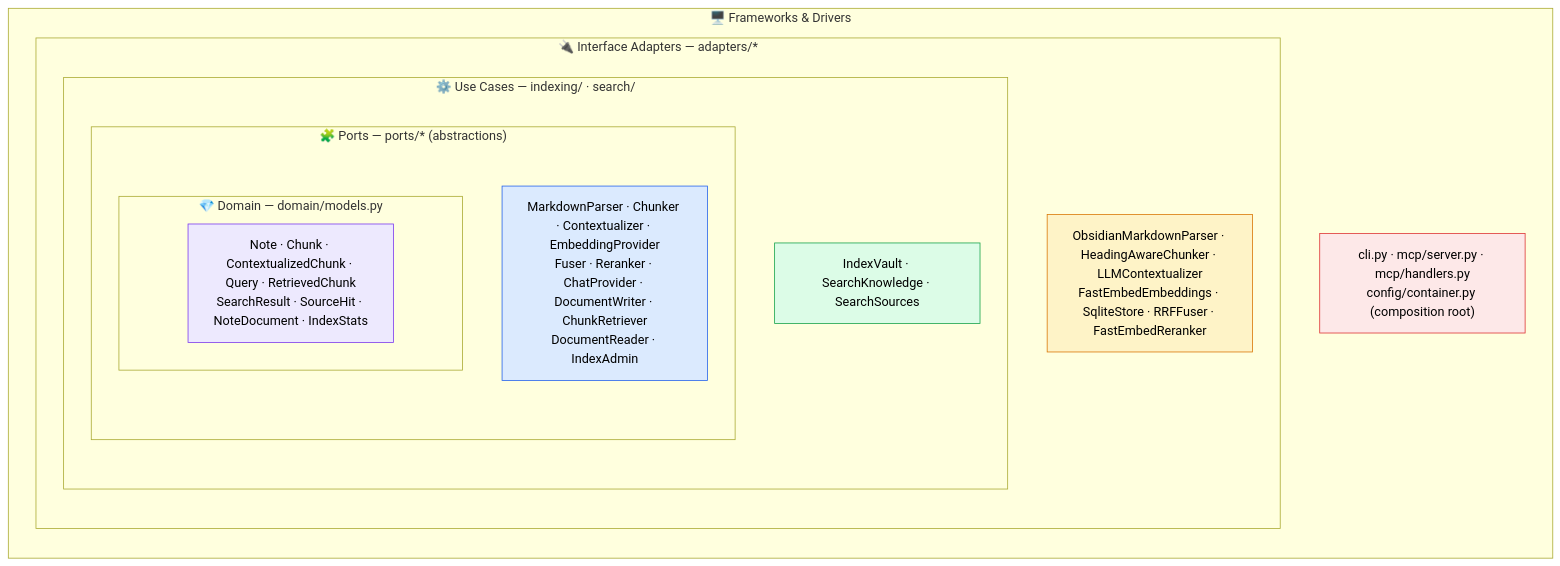
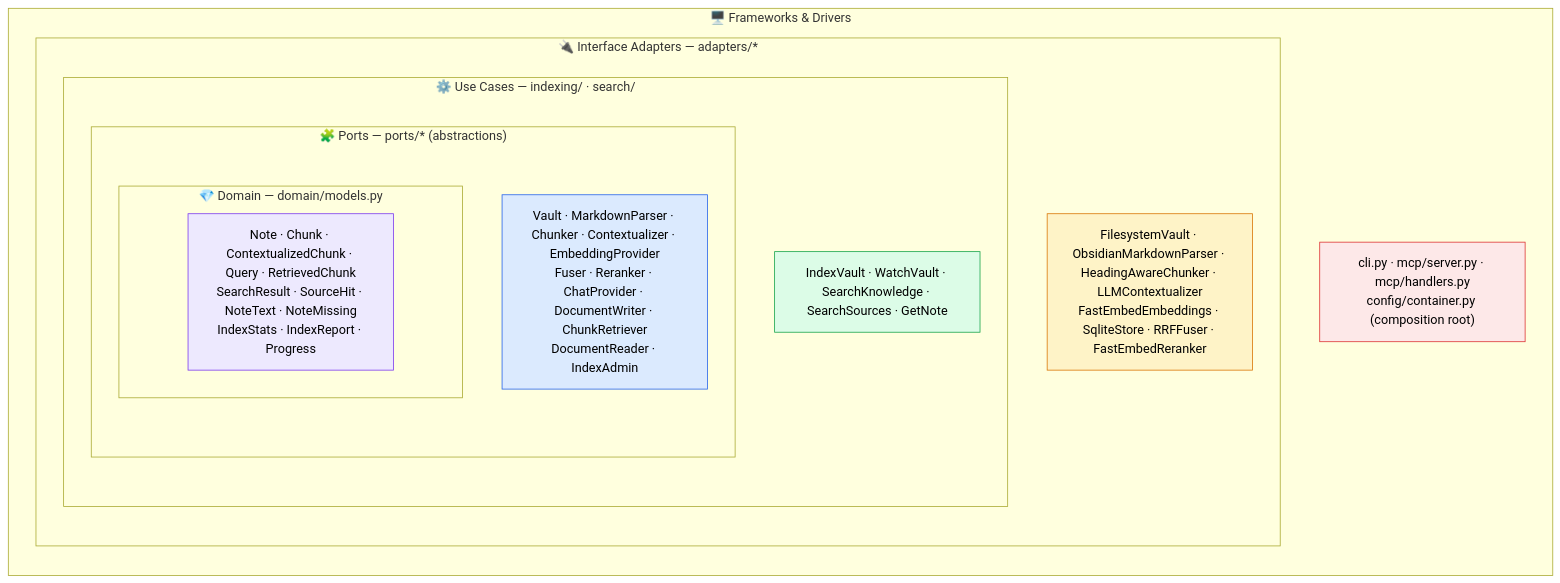
One commit to paull78/ariostea changed the first of 4 diagrams in ARCHITECTURE.md. Above: the diagram before and after it, drawn with Mermaid. The commit also changed other lines of this file and 5 other files, not shown here.

Commit message:
vault-hardening step 09: README, example config, ARCHITECTURE.md (AC-18)

````diff
--- a/ARCHITECTURE.md
+++ b/ARCHITECTURE.md
@@ -16,33 +16,33 @@
 ```mermaid
 flowchart TB
     subgraph FD["🖥️ Frameworks & Drivers"]
         direction TB
         FDnodes["cli.py · mcp/server.py · mcp/handlers.py<br/>config/container.py (composition root)"]
         subgraph IA["🔌 Interface Adapters — adapters/*"]
             direction TB
-            IAnodes["ObsidianMarkdownParser · HeadingAwareChunker · LLMContextualizer<br/>FastEmbedEmbeddings · SqliteStore · RRFFuser · FastEmbedReranker"]
+            IAnodes["FilesystemVault · ObsidianMarkdownParser · HeadingAwareChunker · LLMContextualizer<br/>FastEmbedEmbeddings · SqliteStore · RRFFuser · FastEmbedReranker"]
             subgraph UC["⚙️ Use Cases — indexing/ · search/"]
                 direction TB
-                UCnodes["IndexVault · SearchKnowledge · SearchSources"]
+                UCnodes["IndexVault · WatchVault · SearchKnowledge · SearchSources · GetNote"]
                 subgraph PO["🧩 Ports — ports/* (abstractions)"]
                     direction TB
-                    POnodes["MarkdownParser · Chunker · Contextualizer · EmbeddingProvider<br/>Fuser · Reranker · ChatProvider · DocumentWriter · ChunkRetriever<br/>DocumentReader · IndexAdmin"]
+                    POnodes["Vault · MarkdownParser · Chunker · Contextualizer · EmbeddingProvider<br/>Fuser · Reranker · ChatProvider · DocumentWriter · ChunkRetriever<br/>DocumentReader · IndexAdmin"]
                     subgraph DM["💎 Domain — domain/models.py"]
-                        DMnodes["Note · Chunk · ContextualizedChunk · Query · RetrievedChunk<br/>SearchResult · SourceHit · NoteDocument · IndexStats"]
+                        DMnodes["Note · Chunk · ContextualizedChunk · Query · RetrievedChunk<br/>SearchResult · SourceHit · NoteText · NoteMissing<br/>IndexStats · IndexReport · Progress"]
                     end
                 end
             end
         end
     end
 
     classDef fd fill:#fde8e8,stroke:#d33,color:#000;
     classDef ia fill:#fef3c7,stroke:#d97706,color:#000;
     classDef uc fill:#dcfce7,stroke:#16a34a,color:#000;
     classDef po fill:#dbeafe,stroke:#2563eb,color:#000;
     classDef dm fill:#ede9fe,stroke:#7c3aed,color:#000;
     class FDnodes fd;
     class IAnodes ia;
     class UCnodes uc;
     class POnodes po;
     class DMnodes dm;
 ```
````
